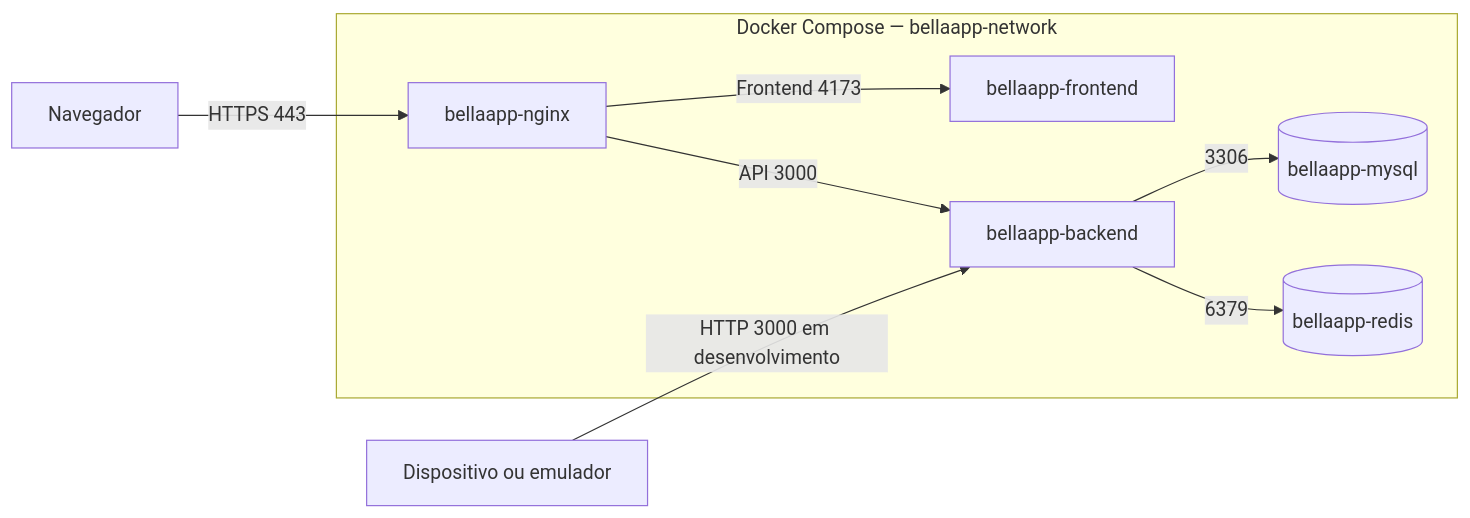
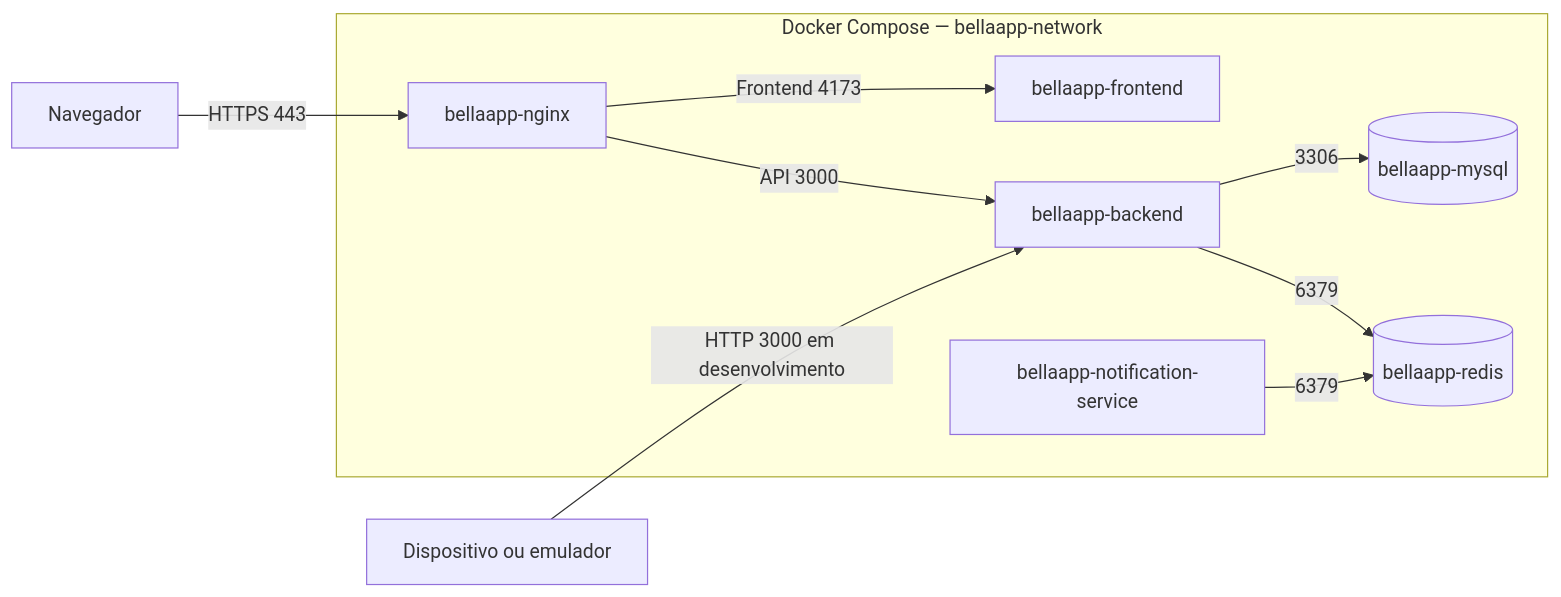
One commit to Joseph-0505/BellaApp changed the third of 3 diagrams in docs/architecture/c4.md. Above: the diagram before and after it, drawn with Mermaid. The commit also changed other lines of this file and 10 other files, not shown here.

First line of the commit message:
docs(architecture): KAN-1 KAN-2 atualiza C4, ADRs e cenarios de qualidade

````diff
--- a/docs/architecture/c4.md
+++ b/docs/architecture/c4.md
@@ -111,20 +121,22 @@
 ```mermaid
 flowchart LR
     browser["Navegador"]
     device["Dispositivo ou emulador"]
 
     subgraph docker["Docker Compose — bellaapp-network"]
         nginxDeploy["bellaapp-nginx"]
         frontendDeploy["bellaapp-frontend"]
         backendDeploy["bellaapp-backend"]
         mysqlDeploy[("bellaapp-mysql")]
         redisDeploy[("bellaapp-redis")]
+        notifierDeploy["bellaapp-notification-service"]
     end
 
     browser -->|"HTTPS 443"| nginxDeploy
     nginxDeploy -->|"Frontend 4173"| frontendDeploy
     nginxDeploy -->|"API 3000"| backendDeploy
     device -->|"HTTP 3000 em desenvolvimento"| backendDeploy
     backendDeploy -->|"3306"| mysqlDeploy
     backendDeploy -->|"6379"| redisDeploy
+    notifierDeploy -->|"6379"| redisDeploy
 ```
````
